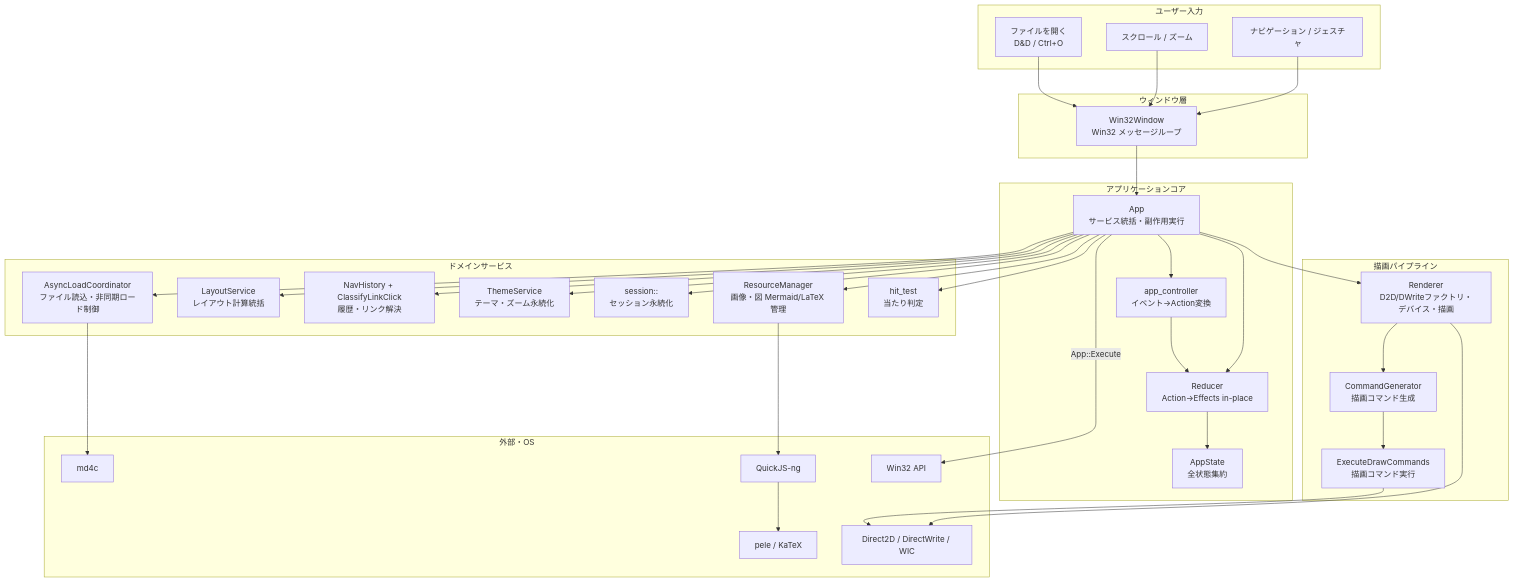
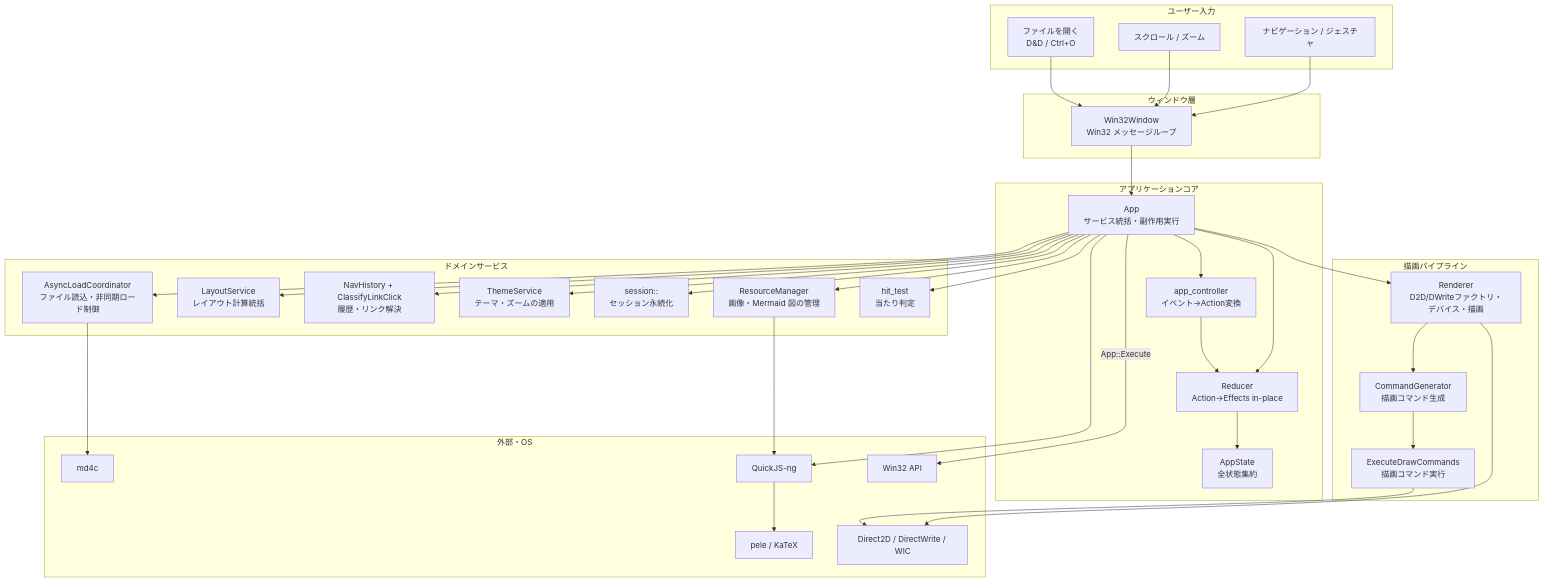
One commit to tanaton/mendo changed the first of 58 diagrams in example/test.md. Above: the diagram before and after it, drawn with Mermaid. The commit also changed other lines of this file and 91 other files, not shown here.

````diff
--- a/example/test.md
+++ b/example/test.md
@@ -36,59 +36,59 @@
 ```mermaid
 graph TB
     subgraph ユーザー入力
         A[ファイルを開く<br>D&D / Ctrl+O]
         B[スクロール / ズーム]
         C[ナビゲーション / ジェスチャ]
     end
 
     subgraph ウィンドウ層
         W[Win32Window<br>Win32 メッセージループ]
     end
 
     subgraph アプリケーションコア
         APP[App<br>サービス統括・副作用実行]
         AS[AppState<br>全状態集約]
         RD[Reducer<br>Action→Effects in-place]
         AC[app_controller<br>イベント→Action変換]
     end
 
     subgraph ドメインサービス
         FLS[AsyncLoadCoordinator<br>ファイル読込・非同期ロード制御]
         LS[LayoutService<br>レイアウト計算統括]
         NH[NavHistory + ClassifyLinkClick<br>履歴・リンク解決]
-        TS[ThemeService<br>テーマ・ズーム永続化]
+        TS[ThemeService<br>テーマ・ズームの適用]
         SS_SVC[session::<br>セッション永続化]
-        RM[ResourceManager<br>画像・図 Mermaid/LaTeX 管理]
+        RM[ResourceManager<br>画像・Mermaid 図の管理]
         HT[hit_test<br>当たり判定]
     end
 
     subgraph 描画パイプライン
         CG[CommandGenerator<br>描画コマンド生成]
         CE[ExecuteDrawCommands<br>描画コマンド実行]
         REN[Renderer<br>D2D/DWriteファクトリ・デバイス・描画]
     end
 
     subgraph "外部・OS"
         MD[md4c]
         QJS[QuickJS-ng]
         MJ[pele / KaTeX]
         D2D_OS[Direct2D / DirectWrite / WIC]
         OS[Win32 API]
     end
 
     A & B & C --> W
     W --> APP
     APP --> AC
     AC --> RD
     APP --> RD
     RD --> AS
     APP -->|App::Execute| OS
     APP --> REN
     REN --> CG
     CG --> CE
     CE & REN --> D2D_OS
     APP --> FLS & LS & NH & TS & SS_SVC & RM & HT
     FLS --> MD
-    RM --> QJS
+    RM & APP --> QJS
     QJS --> MJ
 ```
````
